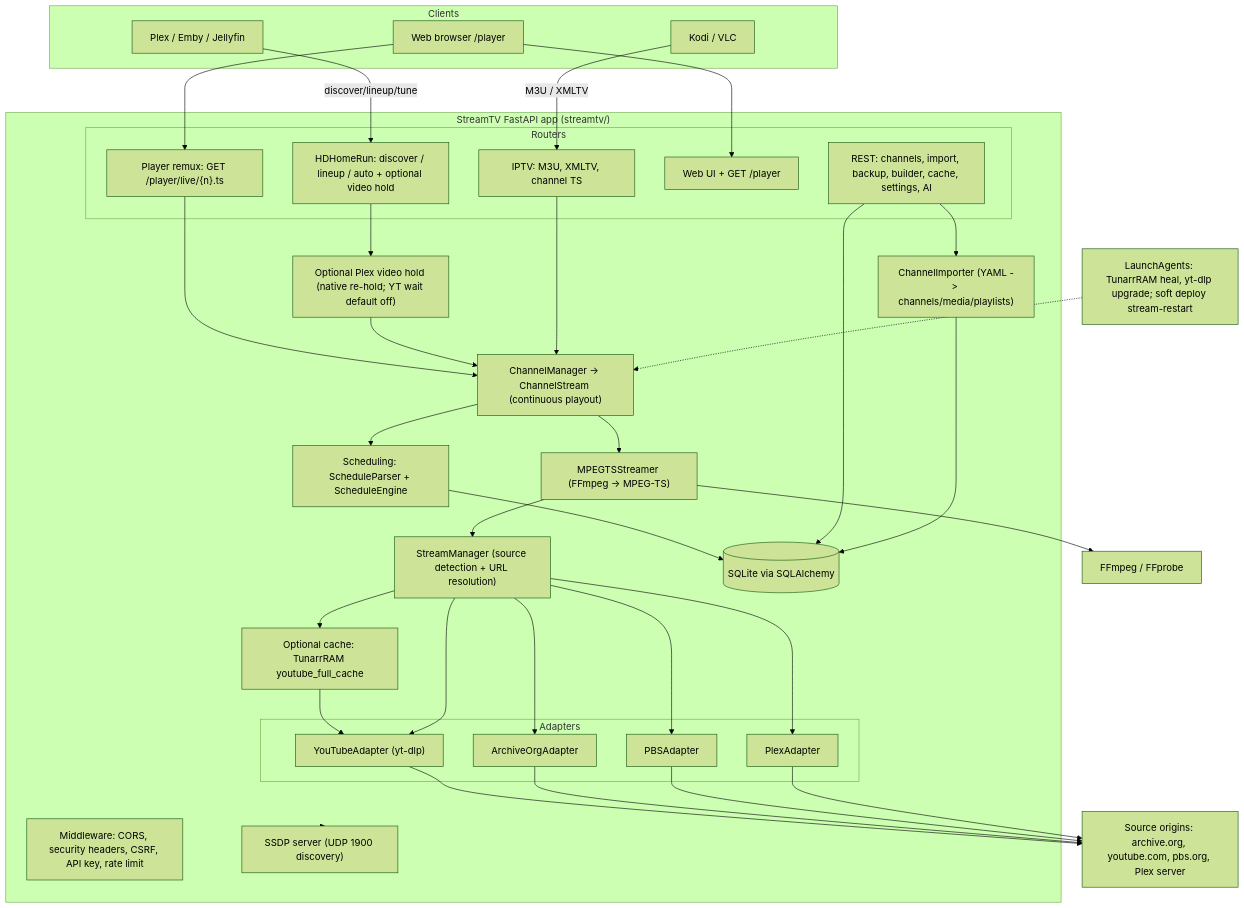
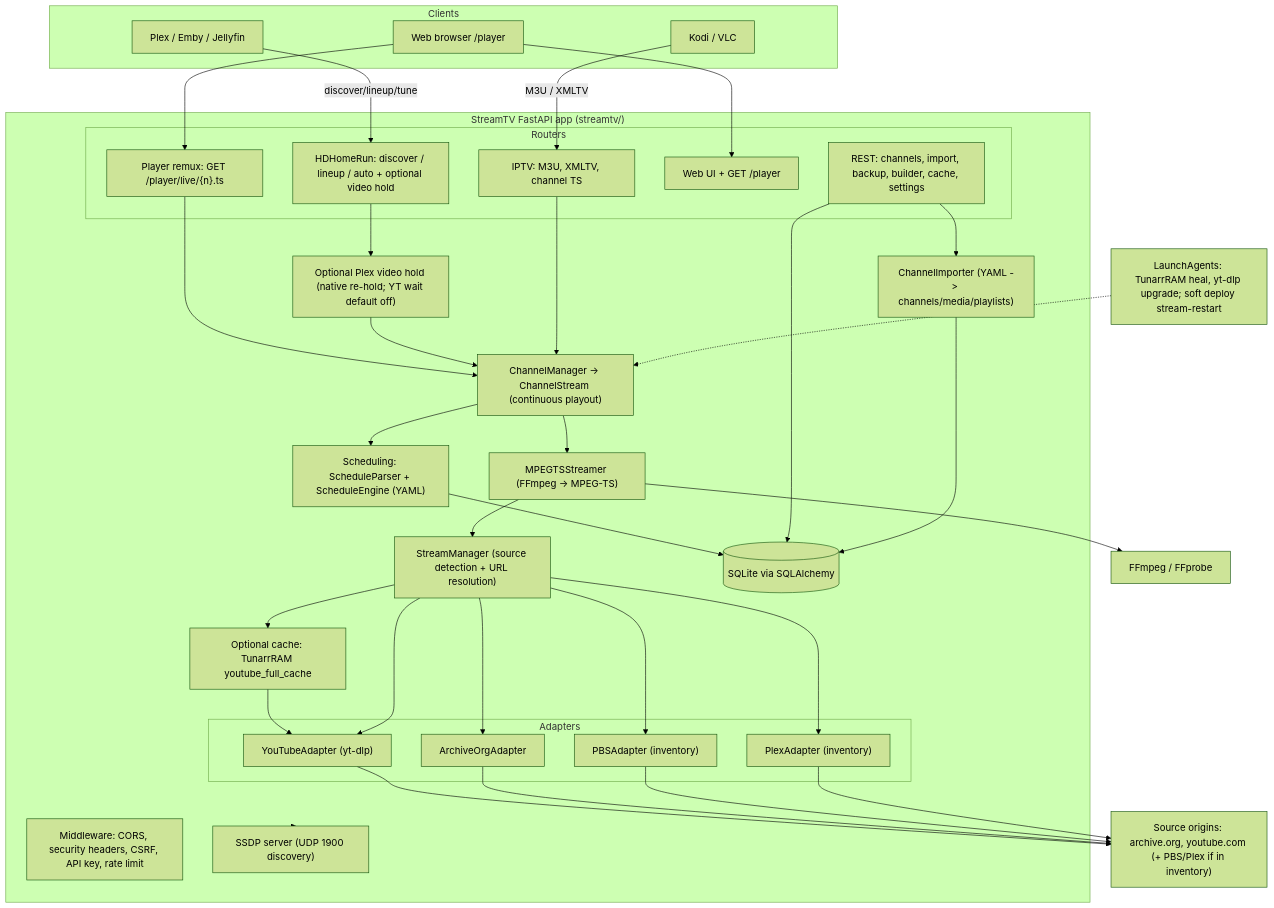
One commit to roto31/StreamTV changed the first of 7 diagrams in ARCHITECTURE.md. Above: the diagram before and after it, drawn with Mermaid (forest theme). The commit also changed other lines of this file and 55 other files, not shown here.

````diff
--- a/ARCHITECTURE.md
+++ b/ARCHITECTURE.md
@@ -14,62 +19,62 @@
 ```mermaid
 flowchart TD
     subgraph Clients
         PLEX["Plex / Emby / Jellyfin"]
         KODI["Kodi / VLC"]
         BROWSER["Web browser /player"]
     end
 
     subgraph App["StreamTV FastAPI app (streamtv/)"]
         MW["Middleware: CORS, security headers, CSRF, API key, rate limit"]
         subgraph Routers
             HDHR["HDHomeRun: discover / lineup / auto + optional video hold"]
             IPTV["IPTV: M3U, XMLTV, channel TS"]
-            API["REST: channels, import, backup, builder, cache, settings, AI"]
+            API["REST: channels, import, backup, builder, cache, settings"]
             WEB["Web UI + GET /player"]
             PLAYER["Player remux: GET /player/live/{n}.ts"]
         end
         SSDP["SSDP server (UDP 1900 discovery)"]
         CM["ChannelManager -> ChannelStream (continuous playout)"]
-        SCHED["Scheduling: ScheduleParser + ScheduleEngine"]
+        SCHED["Scheduling: ScheduleParser + ScheduleEngine (YAML)"]
         STREAMER["MPEGTSStreamer (FFmpeg -> MPEG-TS)"]
         SM["StreamManager (source detection + URL resolution)"]
         CACHE["Optional cache: TunarrRAM youtube_full_cache"]
         HOLD["Optional Plex video hold (native re-hold; YT wait default off)"]
         subgraph Adapters
             YT["YouTubeAdapter (yt-dlp)"]
             AO["ArchiveOrgAdapter"]
-            PBS["PBSAdapter"]
-            PX["PlexAdapter"]
+            PBS["PBSAdapter (inventory)"]
+            PX["PlexAdapter (inventory)"]
         end
         IMP["ChannelImporter (YAML -> channels/media/playlists)"]
         DB[("SQLite via SQLAlchemy")]
     end
 
-    EXT["Source origins: archive.org, youtube.com, pbs.org, Plex server"]
+    EXT["Source origins: archive.org, youtube.com (+ PBS/Plex if in inventory)"]
     FFMPEG["FFmpeg / FFprobe"]
     HEAL["LaunchAgents: TunarrRAM heal, yt-dlp upgrade; soft deploy stream-restart"]
 
     PLEX -->|discover/lineup/tune| HDHR
     KODI -->|M3U / XMLTV| IPTV
     BROWSER --> WEB
     BROWSER --> PLAYER
     PLAYER --> CM
 
     HDHR --> HOLD
     HOLD --> CM
     IPTV --> CM
     CM --> SCHED
     CM --> STREAMER
     SCHED --> DB
     STREAMER --> SM
     SM --> CACHE
     CACHE --> YT
     SM --> YT & AO & PBS & PX
     YT & AO & PBS & PX --> EXT
     STREAMER --> FFMPEG
     API --> DB
     API --> IMP
     IMP --> DB
     App --> SSDP
     HEAL -.-> CM
 ```
````
